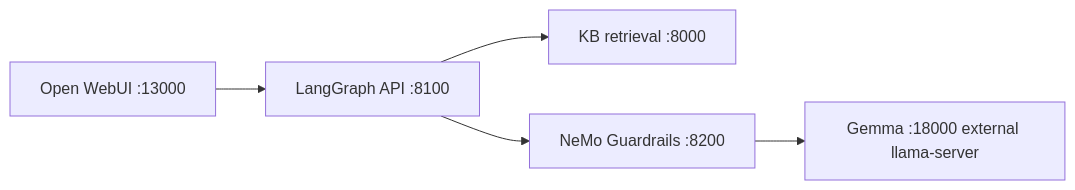
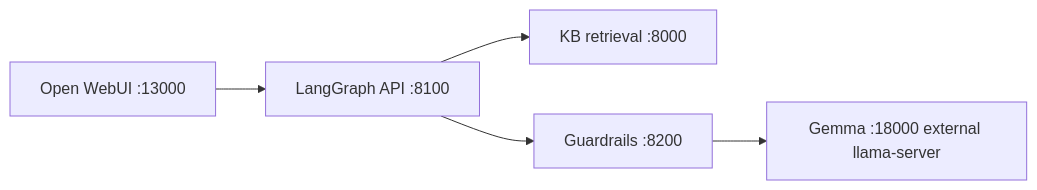
One commit to AliNikkhah2001/Work_Credit-RAG_Phase1 changed the fourth of 4 diagrams in README.md. Above: the diagram before and after it, drawn with Mermaid. The commit also changed other lines of this file and 12 other files, not shown here.

````diff
--- a/README.md
+++ b/README.md
@@ -30,7 +153,7 @@
 ```mermaid
 flowchart LR
     UI["Open WebUI :13000"] --> ORCH["LangGraph API :8100"]
     ORCH --> KB["KB retrieval :8000"]
-    ORCH --> GR["NeMo Guardrails :8200"]
+    ORCH --> GR["Guardrails :8200"]
     GR --> GEMMA["Gemma :18000 external llama-server"]
 ```
````
